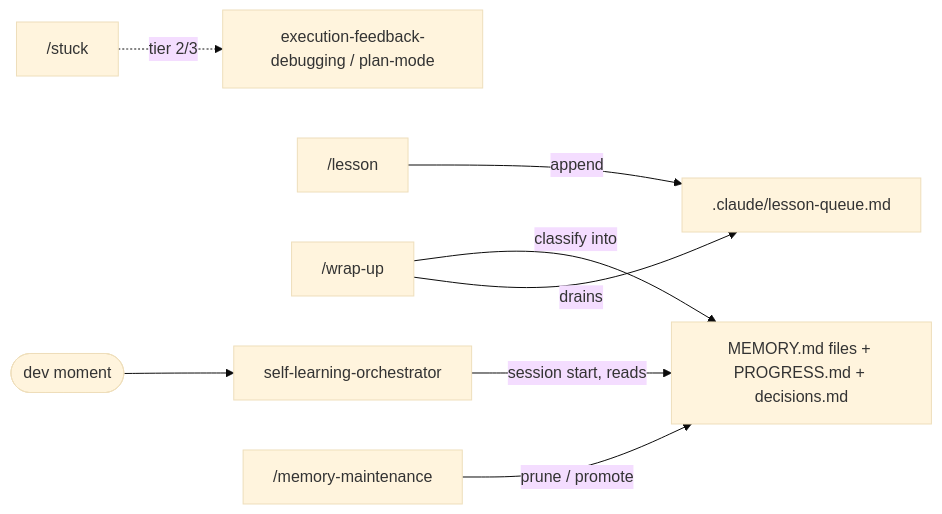
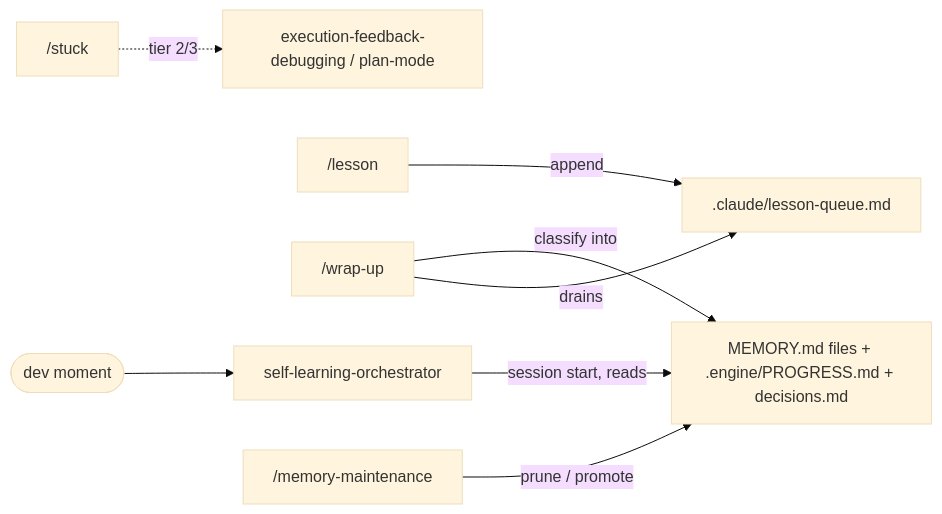
One commit to Tolkoton/claude-cli-config changed the second of 2 diagrams in .claude/README.md. Above: the diagram before and after it, drawn with Mermaid (base theme). The commit also changed other lines of this file and 91 other files, not shown here.

````diff
--- a/.claude/README.md
+++ b/.claude/README.md
@@ -138,10 +138,10 @@
 ```mermaid
 flowchart LR
   moment([dev moment]) --> SLO[self-learning-orchestrator]
-  SLO -->|session start, reads| MEM["MEMORY.md files + PROGRESS.md + decisions.md"]
+  SLO -->|session start, reads| MEM["MEMORY.md files + .engine/PROGRESS.md + decisions.md"]
   LES["/lesson"] -->|append| LQ[".claude/lesson-queue.md"]
   WRAP["/wrap-up"] -->|drains| LQ
   WRAP -->|classify into| MEM
   STK["/stuck"] -.->|tier 2/3| dbg[execution-feedback-debugging / plan-mode]
   MM["/memory-maintenance"] -->|prune / promote| MEM
 ```
````
